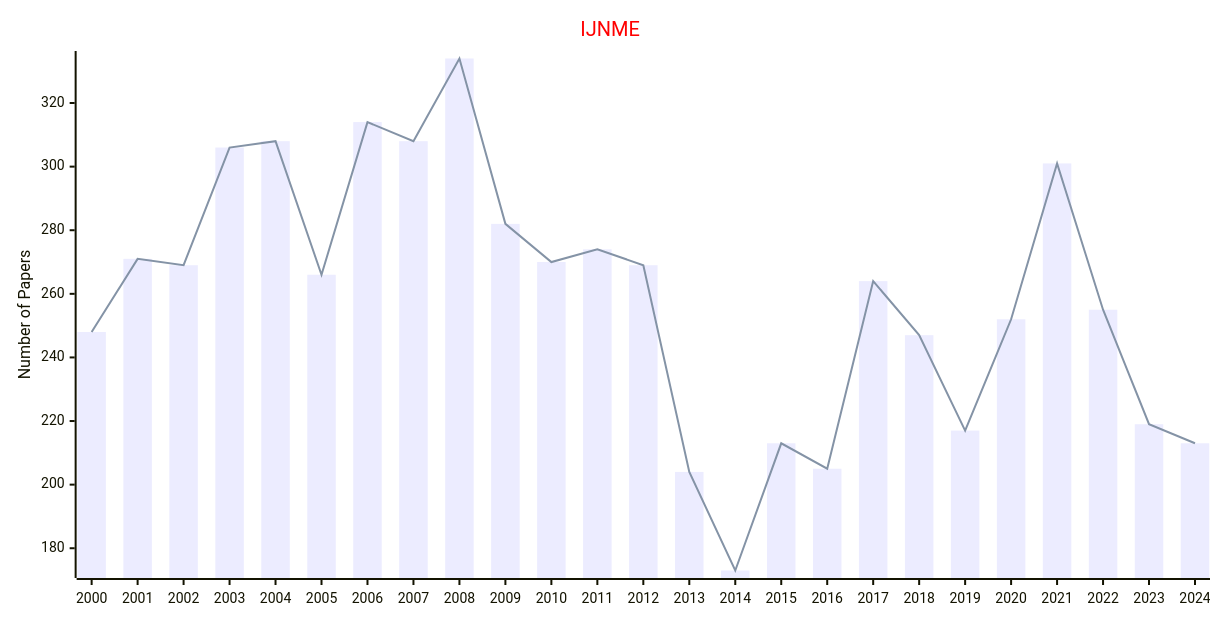
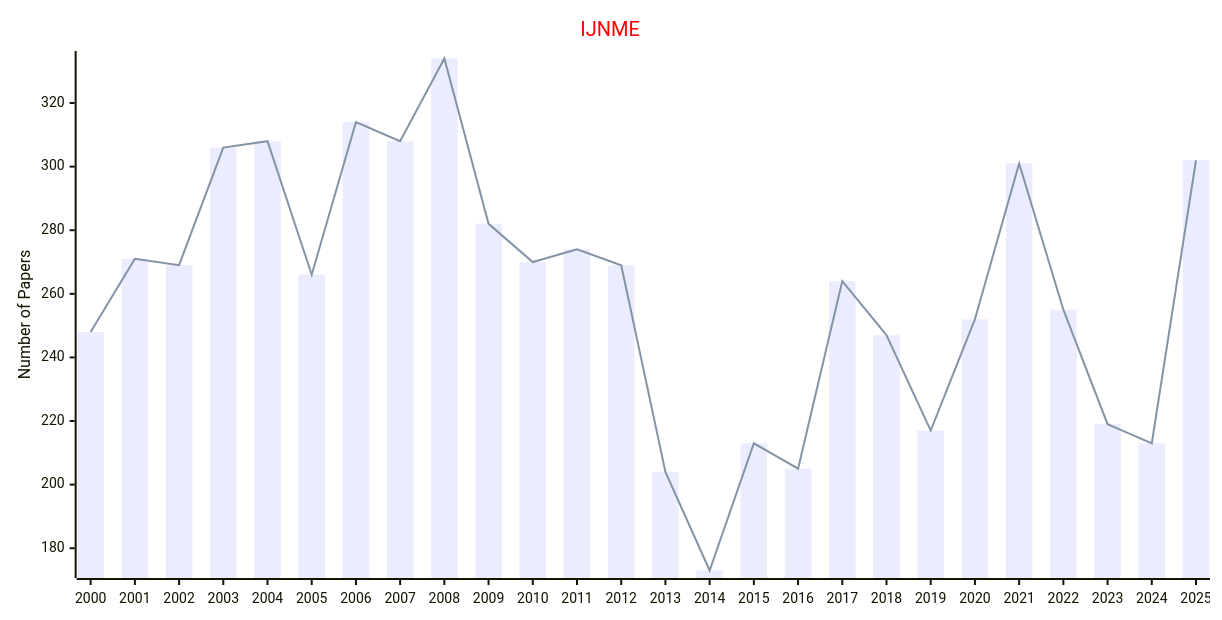
The diagram in docs/data/Journals/Statistics_Journals/Computational_Engineering.md (Easy-PhD/AILinks), drawn with Mermaid before and after one commit. The commit also changed 107 other files, not shown here.

````diff
--- a/docs/data/Journals/Statistics_Journals/Computational_Engineering.md
+++ b/docs/data/Journals/Statistics_Journals/Computational_Engineering.md
@@ -9,17 +9,17 @@
 ```mermaid
 ---
 config:
     xyChart:
         width: 1200
         height: 600
     themeVariables:
         xyChart:
             titleColor: "#ff0000"
 ---
 xychart-beta
     title "IJNME"
-    x-axis [2000, 2001, 2002, 2003, 2004, 2005, 2006, 2007, 2008, 2009, 2010, 2011, 2012, 2013, 2014, 2015, 2016, 2017, 2018, 2019, 2020, 2021, 2022, 2023, 2024]
+    x-axis [2000, 2001, 2002, 2003, 2004, 2005, 2006, 2007, 2008, 2009, 2010, 2011, 2012, 2013, 2014, 2015, 2016, 2017, 2018, 2019, 2020, 2021, 2022, 2023, 2024, 2025]
     y-axis "Number of Papers"
-    bar [248, 271, 269, 306, 308, 266, 314, 308, 334, 282, 270, 274, 269, 204, 173, 213, 205, 264, 247, 217, 252, 301, 255, 219, 213]
-    line [248, 271, 269, 306, 308, 266, 314, 308, 334, 282, 270, 274, 269, 204, 173, 213, 205, 264, 247, 217, 252, 301, 255, 219, 213]
+    bar [248, 271, 269, 306, 308, 266, 314, 308, 334, 282, 270, 274, 269, 204, 173, 213, 205, 264, 247, 217, 252, 301, 255, 219, 213, 302]
+    line [248, 271, 269, 306, 308, 266, 314, 308, 334, 282, 270, 274, 269, 204, 173, 213, 205, 264, 247, 217, 252, 301, 255, 219, 213, 302]
 ```
````
